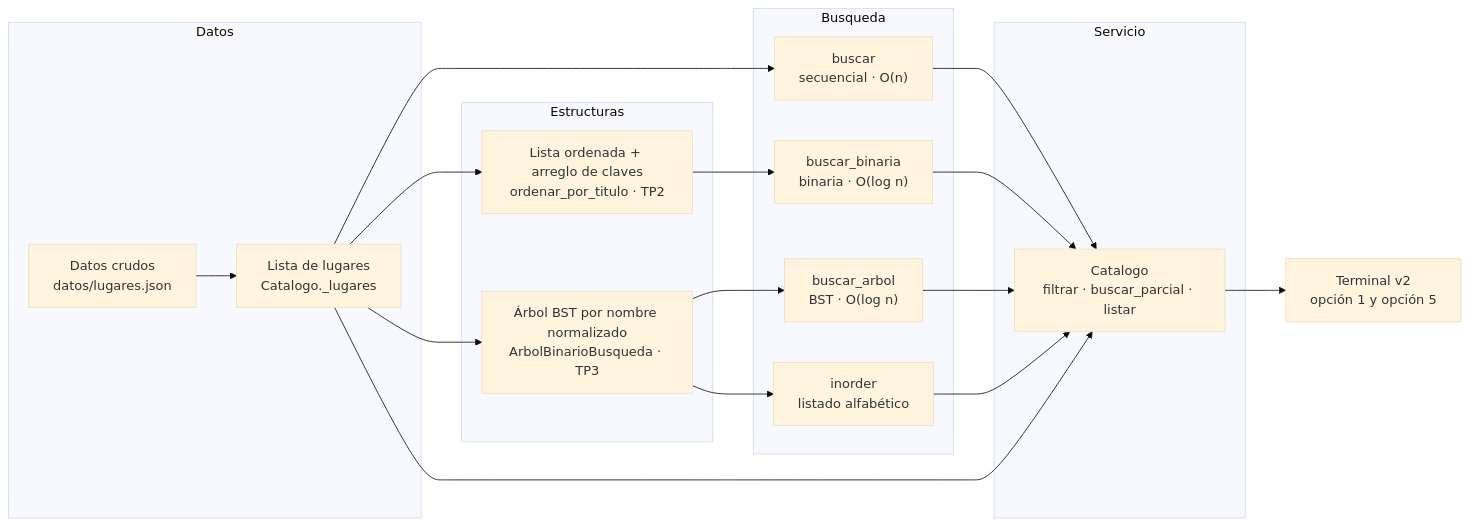
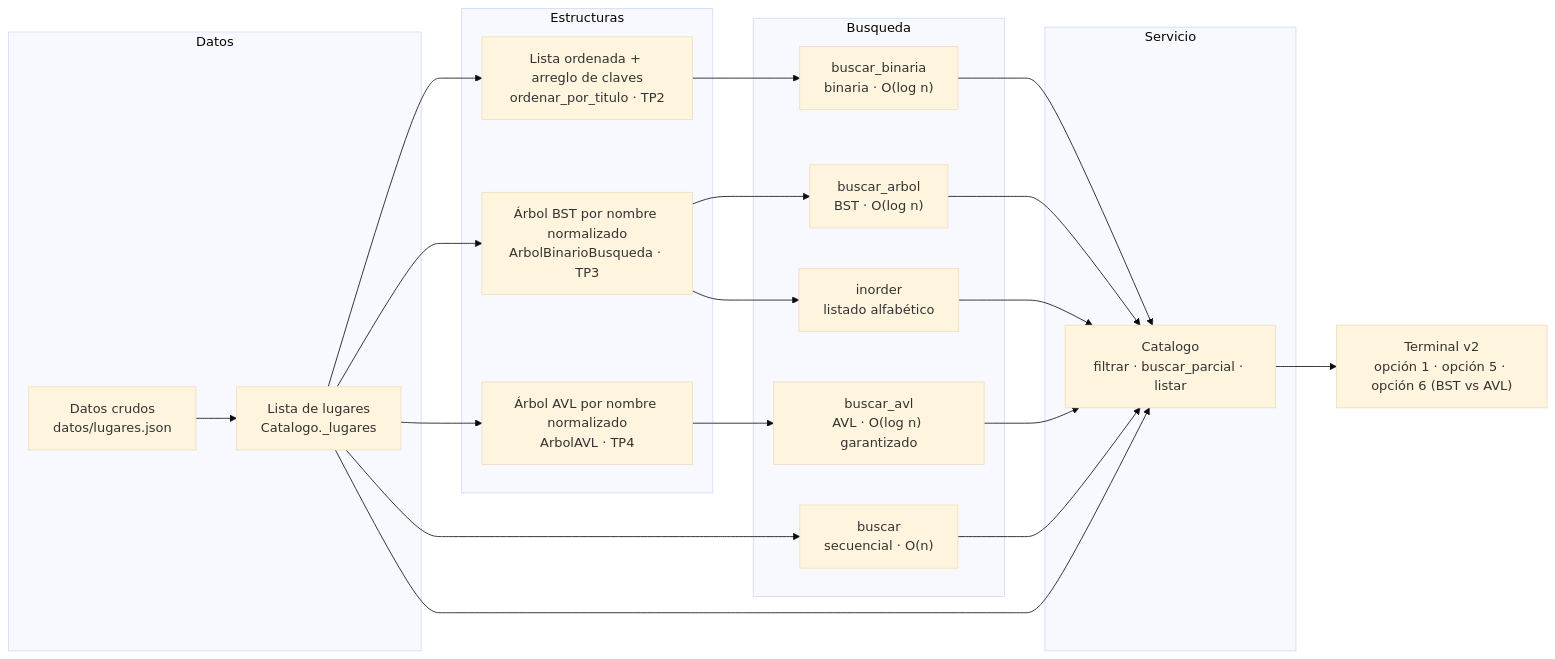
The diagram in docs/04-diagrama-datos.md (BrunoSam/TP-Integrador-DondeVamos), drawn with Mermaid (base theme) before and after one commit. The commit also changed other lines of this file and 4 other files, not shown here.

Commit message:
TP4: documenta el AVL, la comparacion BST vs AVL y actualiza los diagramas

````diff
--- a/docs/04-diagrama-datos.md
+++ b/docs/04-diagrama-datos.md
@@ -12,28 +12,31 @@
 ```mermaid
 graph LR
     subgraph Datos
         RAW["Datos crudos<br/>datos/lugares.json"] --> LISTA["Lista de lugares<br/>Catalogo._lugares"]
     end
 
     subgraph Estructuras
         LISTA --> ORD["Lista ordenada + arreglo de claves<br/>ordenar_por_titulo · TP2"]
         LISTA --> BST["Árbol BST por nombre normalizado<br/>ArbolBinarioBusqueda · TP3"]
+        LISTA --> AVL["Árbol AVL por nombre normalizado<br/>ArbolAVL · TP4"]
     end
 
     subgraph Busqueda
         LISTA --> S1["buscar<br/>secuencial · O(n)"]
         ORD --> S2["buscar_binaria<br/>binaria · O(log n)"]
         BST --> S3["buscar_arbol<br/>BST · O(log n)"]
+        AVL --> S5["buscar_avl<br/>AVL · O(log n) garantizado"]
         BST --> S4["inorder<br/>listado alfabético"]
     end
 
     subgraph Servicio
         S1 --> CAT["Catalogo<br/>filtrar · buscar_parcial · listar"]
         S2 --> CAT
         S3 --> CAT
+        S5 --> CAT
         S4 --> CAT
         LISTA --> CAT
     end
 
-    CAT --> UI["Terminal v2<br/>opción 1 y opción 5"]
+    CAT --> UI["Terminal v2<br/>opción 1 · opción 5 · opción 6 (BST vs AVL)"]
 ```
````
